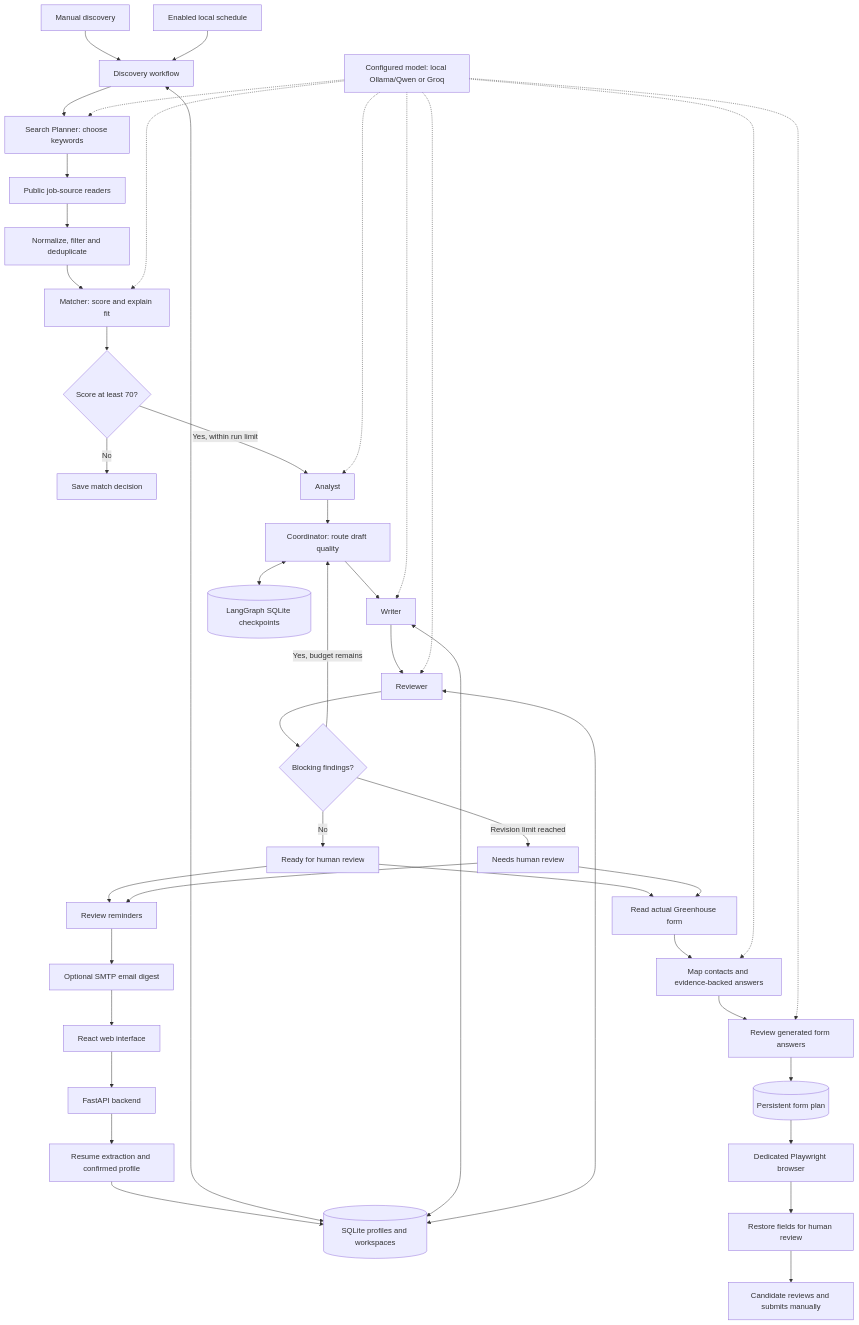
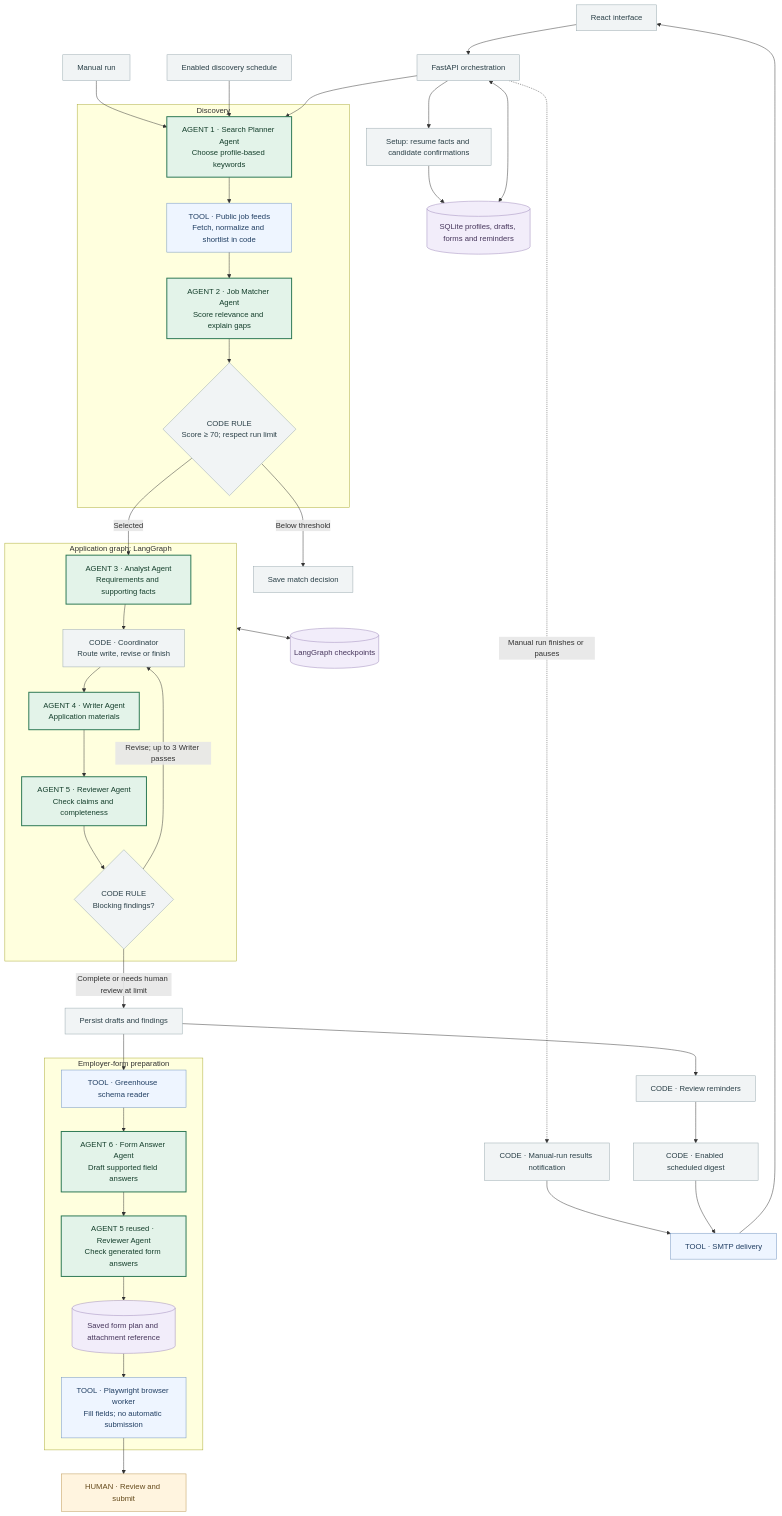
Before and after one commit to NikhilaReddyM/InterviewBuddy: the diagram in documentation/week3-submission-draft.md, drawn with Mermaid. The commit also changed other lines of this file and 13 other files, not shown here.

Commit message:
send email after manual run

````diff
--- a/documentation/week3-submission-draft.md
+++ b/documentation/week3-submission-draft.md
@@ -50,49 +52,54 @@
 ```mermaid
 flowchart TD
-    UI[React web interface] --> API[FastAPI backend]
-    API --> Profile[Resume extraction and confirmed profile]
-    Profile --> Store[(SQLite profiles and workspaces)]
+    UI[React interface]:::control --> API[FastAPI orchestration]:::control
+    API --> Setup[Setup: resume facts and candidate confirmations]:::control
+    Setup --> Store[(SQLite profiles, drafts, forms and reminders)]:::state
+    Manual[Manual run]:::control --> A1
+    Schedule[Enabled discovery schedule]:::control --> A1
 
-    Manual[Manual discovery] --> Discovery[Discovery workflow]
-    Schedule[Enabled local schedule] --> Discovery
-    Discovery --> Planner[Search Planner: choose keywords]
-    Planner --> Feeds[Public job-source readers]
-    Feeds --> Shortlist[Normalize, filter and deduplicate]
-    Shortlist --> Matcher[Matcher: score and explain fit]
-    Matcher --> Gate{Score at least 70?}
-    Gate -->|No| History[Save match decision]
-    Gate -->|Yes, within run limit| Analyst[Analyst]
-    Analyst --> Coordinator[Coordinator: route draft quality]
-    Coordinator --> Writer[Writer]
-    Writer --> Reviewer[Reviewer]
-    Reviewer --> Quality{Blocking findings?}
-    Quality -->|Yes, budget remains| Coordinator
-    Quality -->|No| Ready[Ready for human review]
-    Quality -->|Revision limit reached| Attention[Needs human review]
+    subgraph Discovery[Discovery]
+      A1["AGENT 1 · Search Planner Agent<br/>Choose profile-based keywords"]:::agent
+      Feed["TOOL · Public job feeds<br/>Fetch, normalize and shortlist in code"]:::tool
+      A2["AGENT 2 · Job Matcher Agent<br/>Score relevance and explain gaps"]:::agent
+      Gate{"CODE RULE<br/>Score ≥ 70; respect run limit"}:::control
+      A1 --> Feed --> A2 --> Gate
+    end
+    API --> A1
+    Gate -->|Below threshold| History[Save match decision]:::control
 
-    Ready --> Form[Read actual Greenhouse form]
-    Attention --> Form
-    Form --> Answers[Map contacts and evidence-backed answers]
-    Answers --> FormReview[Review generated form answers]
-    FormReview --> Plan[(Persistent form plan)]
-    Plan --> Browser[Dedicated Playwright browser]
-    Browser --> Handoff[Restore fields for human review]
-    Handoff --> Human[Candidate reviews and submits manually]
+    subgraph Drafting[Application graph: LangGraph]
+      A3["AGENT 3 · Analyst Agent<br/>Requirements and supporting facts"]:::agent
+      Coordinator["CODE · Coordinator<br/>Route write, revise or finish"]:::control
+      A4["AGENT 4 · Writer Agent<br/>Application materials"]:::agent
+      A5["AGENT 5 · Reviewer Agent<br/>Check claims and completeness"]:::agent
+      Quality{"CODE RULE<br/>Blocking findings?"}:::control
+      A3 --> Coordinator --> A4 --> A5 --> Quality
+      Quality -->|Revise; up to 3 Writer passes| Coordinator
+    end
+    Gate -->|Selected| A3
+    Quality -->|Complete or needs human review at limit| Saved[Persist drafts and findings]:::control
 
-    Ready --> Reminders[Review reminders]
-    Attention --> Reminders
-    Reminders --> Email[Optional SMTP email digest]
-    Email --> UI
+    subgraph Forms[Employer-form preparation]
+      Schema["TOOL · Greenhouse schema reader"]:::tool
+      A6["AGENT 6 · Form Answer Agent<br/>Draft supported field answers"]:::agent
+      Reused["AGENT 5 reused · Reviewer Agent<br/>Check generated form answers"]:::agent
+      Plan[(Saved form plan and attachment reference)]:::state
+      Browser["TOOL · Playwright browser worker<br/>Fill fields; no automatic submission"]:::tool
+      Schema --> A6 --> Reused --> Plan --> Browser
+    end
+    Saved --> Schema
+    Browser --> Human["HUMAN · Review and submit"]:::human
+    Saved --> Reminders["CODE · Review reminders"]:::control
+    Result["CODE · Manual-run results notification"]:::control --> SMTP["TOOL · SMTP delivery"]:::tool
+    API -.->|Manual run finishes or pauses| Result
+    Reminders --> Digest["CODE · Enabled scheduled digest"]:::control --> SMTP
+    SMTP --> UI
+    API <--> Store
+    Drafting <--> Checkpoints[(LangGraph checkpoints)]:::state
 
-    Discovery <--> Store
-    Writer <--> Store
-    Reviewer <--> Store
-    Coordinator <--> Checkpoints[(LangGraph SQLite checkpoints)]
-    Models[Configured model: local Ollama/Qwen or Groq] -.-> Planner
-    Models -.-> Matcher
-    Models -.-> Analyst
-    Models -.-> Writer
-    Models -.-> Reviewer
-    Models -.-> Answers
-    Models -.-> FormReview
+    classDef agent fill:#e3f3e9,stroke:#287551,color:#153f2c,stroke-width:2px
+    classDef tool fill:#eef5ff,stroke:#6f92be,color:#213f63
+    classDef control fill:#f1f4f5,stroke:#98a8ae,color:#2b4048
+    classDef state fill:#f2edfa,stroke:#9c87b9,color:#47365c
+    classDef human fill:#fff4df,stroke:#bc9753,color:#654a1c
 ```
````
